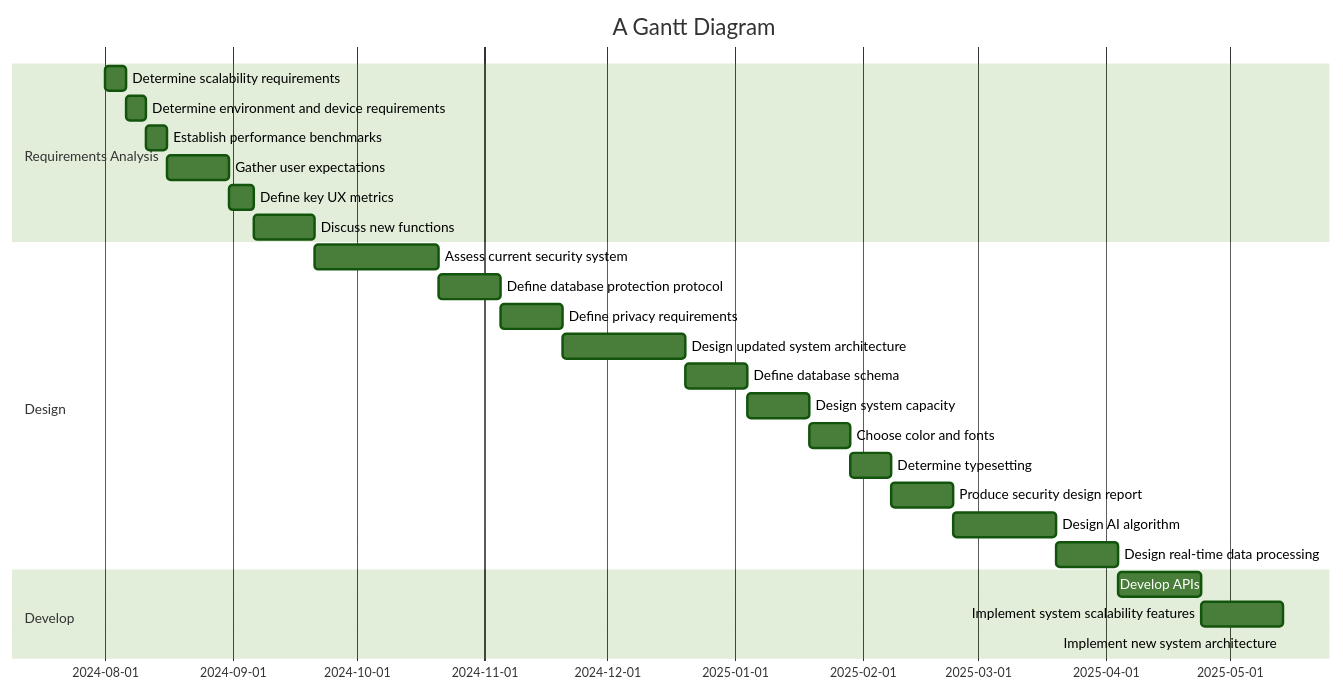
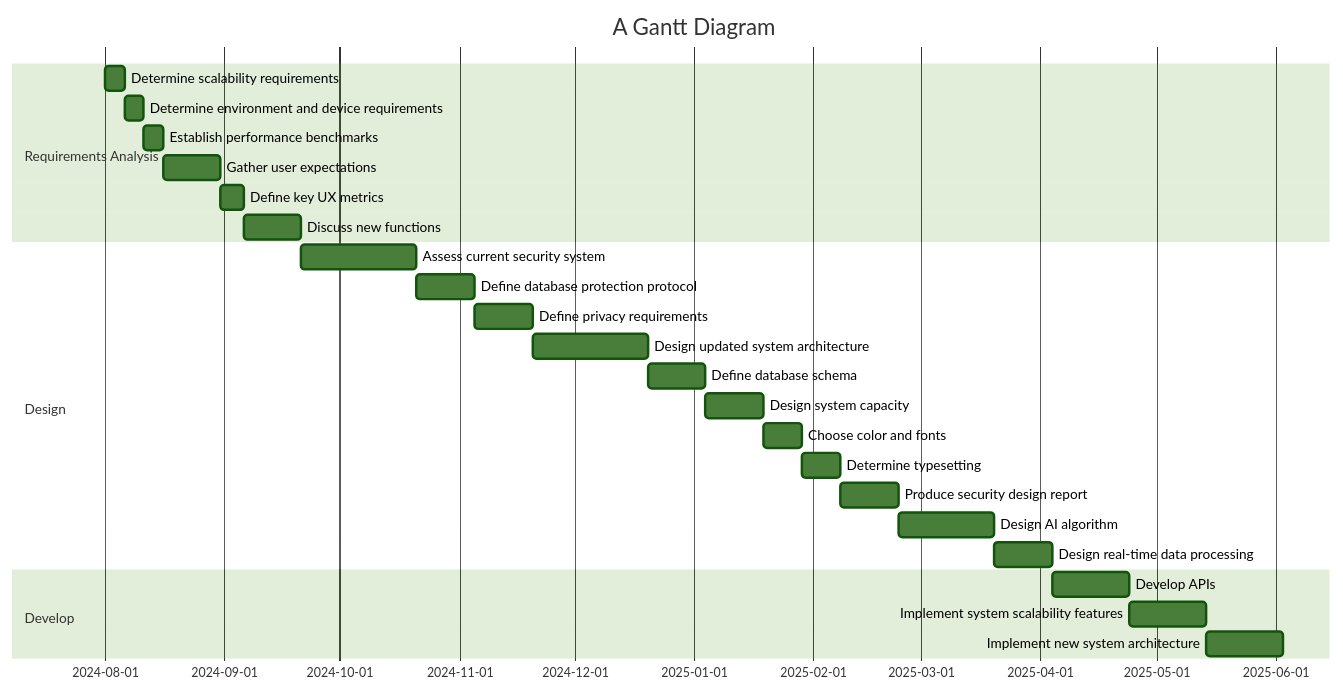
One commit to sayshelley/iodraw-files changed the diagram in all/Untitled.md. Above: the diagram before and after it, drawn with Mermaid (forest theme).

Commit message:
2024-10-04 22:48:34 update

````diff
--- a/all/Untitled.md
+++ b/all/Untitled.md
@@ -1,32 +1,33 @@
 ```mermaid
 gantt
     title A Gantt Diagram
     dateFormat  YYYY-MM-DD
     section Requirements Analysis
     Determine scalability requirements :a1, 2024-08-01, 5d
     Determine environment and device requirements :a2, after a1, 5d
     Establish performance benchmarks: a3, after a2, 5d
     Gather user expectations: a4, after a3, 15d
     Define key UX metrics : a5, after a4, 6d
     Discuss new functions: a6, after a5, 15d
     section Design
     Assess current security system:b1, after a6, 30d
     Define database protection protocol: b2, after b1, 15d
     Define privacy requirements: b3, after b2, 15d
     Design updated system architecture: b4, after b3, 30d
     Define database schema: b5, after b4, 15d
     Design system capacity: b6, after b5, 15d
     Choose color and fonts: b7, after b6, 10d
     Determine typesetting: b8, after b7, 10d
     Produce security design report: b9, after b8, 15d
     Design AI algorithm: b10, after b9, 25d
     Design real-time data processing: b11, after b10, 15d
     section Develop
     Develop APIs: c1, after b11, 20d
     Implement system scalability features: c2, after c1, 20d
-    Implement new system architecture: c3, after c2, 
+    Implement new system architecture: c3, after c2, 20d
+    
     
 
 
    
 ```
````
